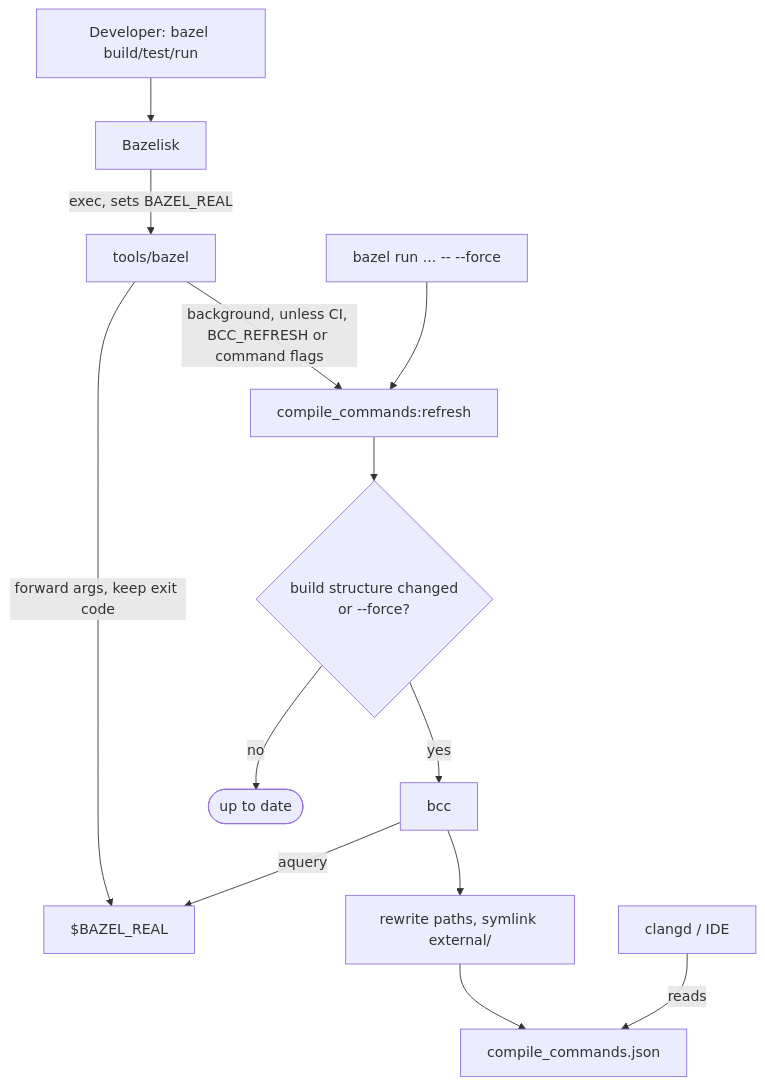
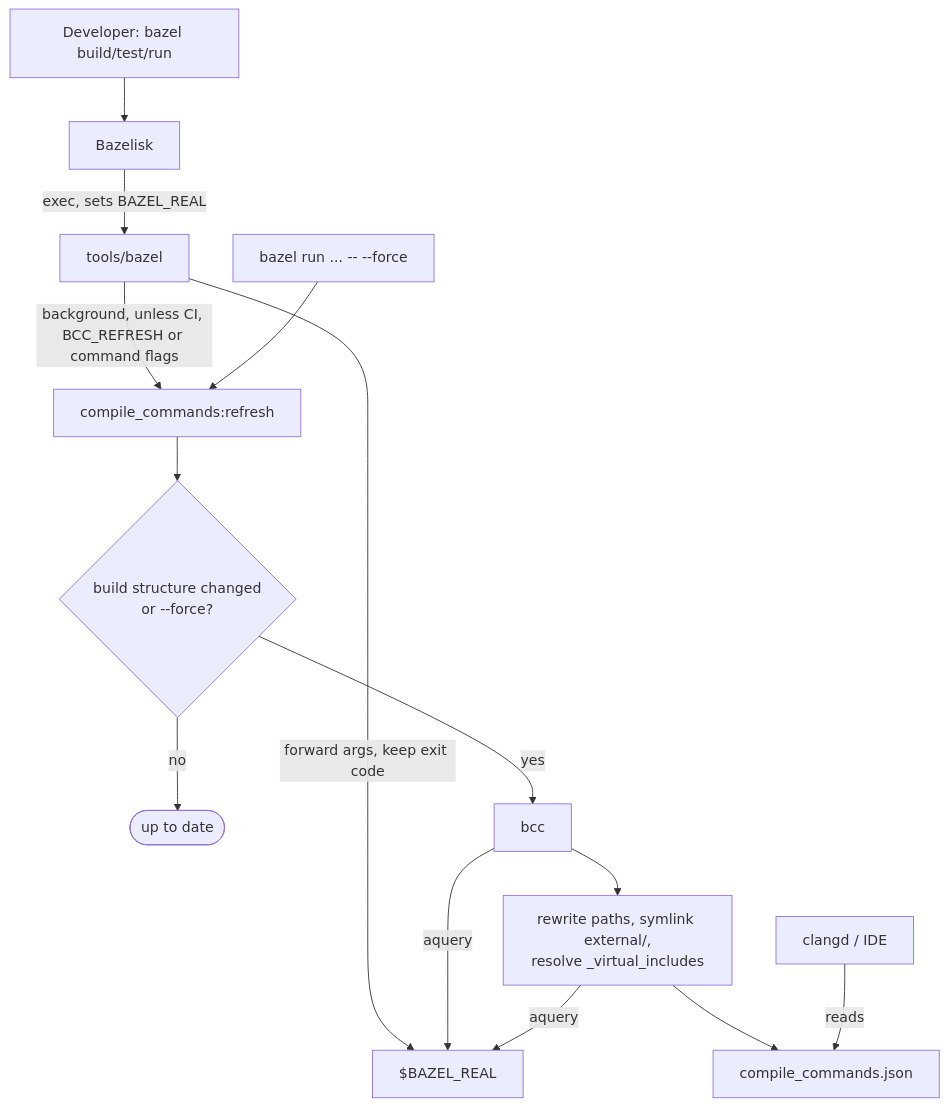
The diagram in tools/compile_commands/README.md (swift-nav/rules_swiftnav), drawn with Mermaid before and after one commit. The commit also changed other lines of this file and 5 other files, not shown here.

First line of the commit message:
Map _virtual_includes from aquery and keep generated headers reachable

````diff
--- a/tools/compile_commands/README.md
+++ b/tools/compile_commands/README.md
@@ -38,15 +38,16 @@
 ```mermaid
 flowchart TD
     Dev["Developer: bazel build/test/run"] --> Bazelisk
     Bazelisk -->|"exec, sets BAZEL_REAL"| Wrapper["tools/bazel"]
     Wrapper -->|"forward args, keep exit code"| Bazel["$BAZEL_REAL"]
     Wrapper -->|"background, unless CI, BCC_REFRESH or command flags"| Refresh["compile_commands:refresh"]
     Manual["bazel run ... -- --force"] --> Refresh
     Refresh --> Stale{"build structure changed<br/>or --force?"}
     Stale -- no --> Done(["up to date"])
     Stale -- yes --> BCC["bcc"]
     BCC -->|"aquery"| Bazel
-    BCC --> Rewrite["rewrite paths, symlink external/"]
+    BCC --> Rewrite["rewrite paths, symlink external/,<br/>resolve _virtual_includes"]
+    Rewrite -->|"aquery"| Bazel
     Rewrite --> DB["compile_commands.json"]
     Clangd["clangd / IDE"] -->|"reads"| DB
 ```
````
